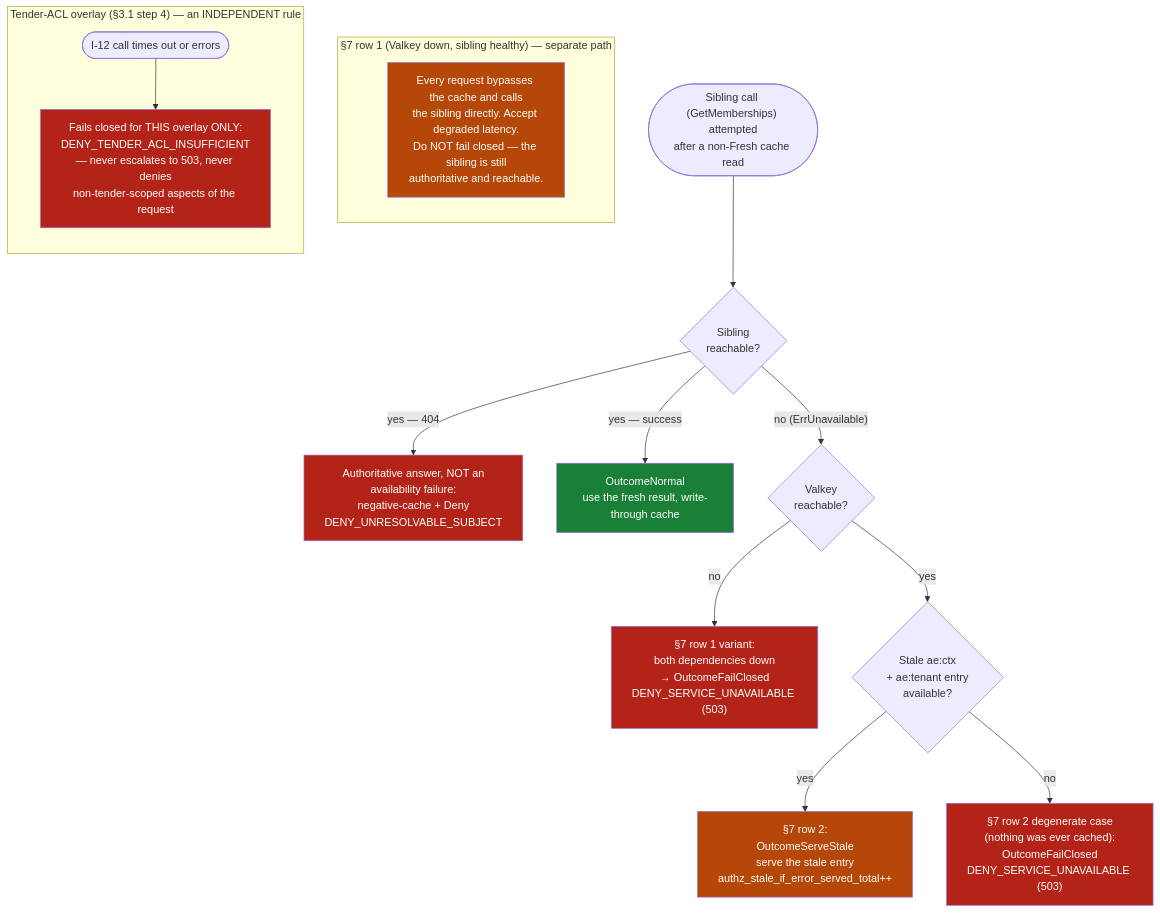
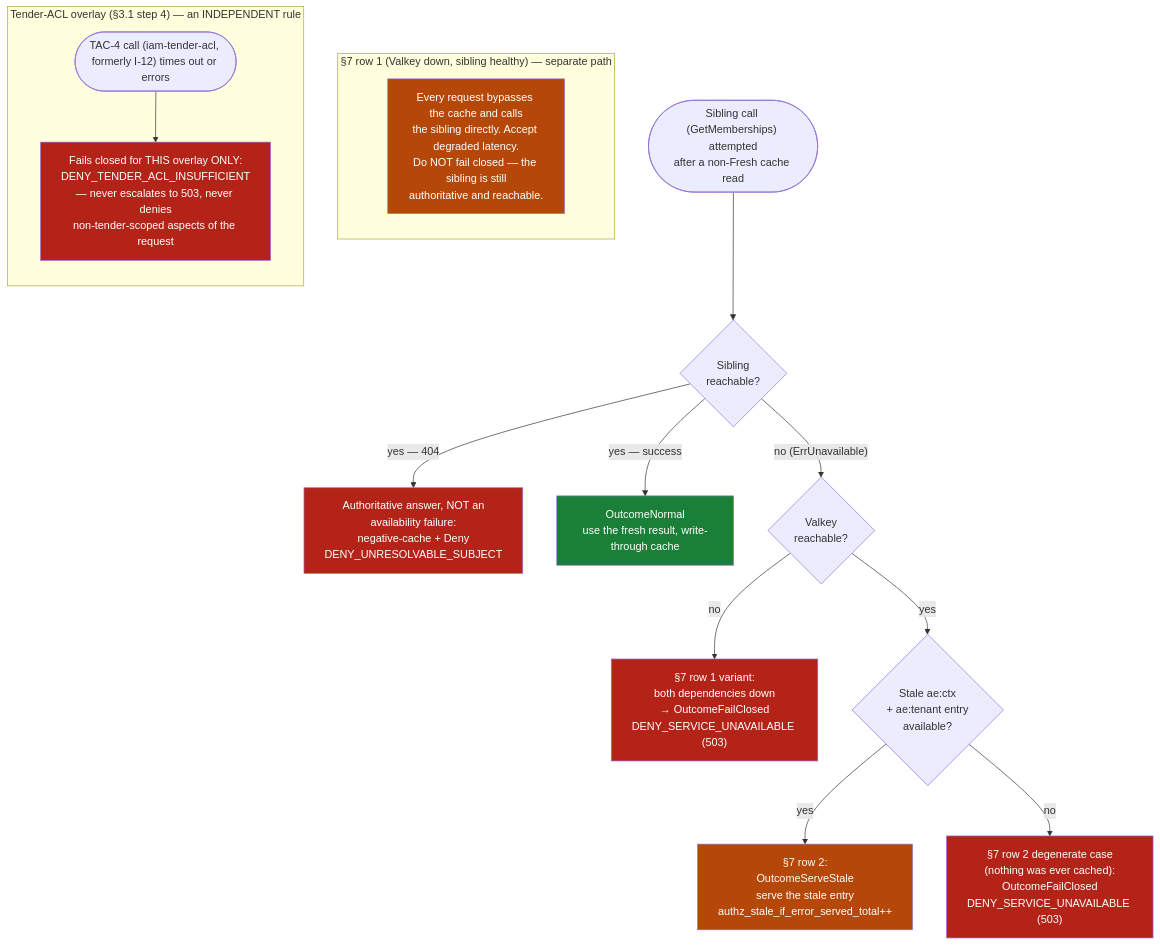
The sixth of 7 diagrams in ARCHITECTURE.md (BCBP-SOLUTIONS-FZC-LLC/iam-authz-enrichment), drawn with Mermaid before and after one commit. The commit also changed other lines of this file and 53 other files, not shown here.

First line of the commit message:
Complete ADR-0008 delegation removal; add AsyncAPI viewer, tender-ACL path fix, VERSIONING.md

````diff
--- a/ARCHITECTURE.md
+++ b/ARCHITECTURE.md
@@ -376,32 +380,32 @@
 ```mermaid
 flowchart TD
     start(["Sibling call (GetMemberships) attempted\nafter a non-Fresh cache read"]) --> reachable{"Sibling\nreachable?"}
 
     reachable -- "yes — 404" --> notfound["Authoritative answer, NOT an\navailability failure:\nnegative-cache + Deny\nDENY_UNRESOLVABLE_SUBJECT"]
     reachable -- "yes — success" --> normal["OutcomeNormal\nuse the fresh result, write-through cache"]
 
     reachable -- "no (ErrUnavailable)" --> valkeyup{"Valkey\nreachable?"}
 
     valkeyup -- "no" --> row1["§7 row 1 variant:\nboth dependencies down\n→ OutcomeFailClosed\nDENY_SERVICE_UNAVAILABLE (503)"]
 
     valkeyup -- "yes" --> stale{"Stale ae:ctx\n+ ae:tenant entry\navailable?"}
     stale -- "yes" --> row2a["§7 row 2:\nOutcomeServeStale\nserve the stale entry\nauthz_stale_if_error_served_total++"]
     stale -- "no" --> row2b["§7 row 2 degenerate case\n(nothing was ever cached):\nOutcomeFailClosed\nDENY_SERVICE_UNAVAILABLE (503)"]
 
     subgraph row1note["§7 row 1 (Valkey down, sibling healthy) — separate path"]
         direction TD
         bypass["Every request bypasses the cache and calls\nthe sibling directly. Accept degraded latency.\nDo NOT fail closed — the sibling is still\nauthoritative and reachable."]
     end
 
     subgraph tenderacl["Tender-ACL overlay (§3.1 step 4) — an INDEPENDENT rule"]
         direction TD
-        t1(["I-12 call times out or errors"]) --> t2["Fails closed for THIS overlay ONLY:\nDENY_TENDER_ACL_INSUFFICIENT\n— never escalates to 503, never denies\nnon-tender-scoped aspects of the request"]
+        t1(["TAC-4 call (iam-tender-acl, formerly I-12) times out or errors"]) --> t2["Fails closed for THIS overlay ONLY:\nDENY_TENDER_ACL_INSUFFICIENT\n— never escalates to 503, never denies\nnon-tender-scoped aspects of the request"]
     end
 
     classDef allow fill:#1a7f37,color:#fff;
     classDef deny fill:#b42318,color:#fff;
     classDef degrade fill:#b54708,color:#fff;
     class normal allow
     class notfound,row1,row2b,t2 deny
     class row2a,bypass degrade
 ```
````
